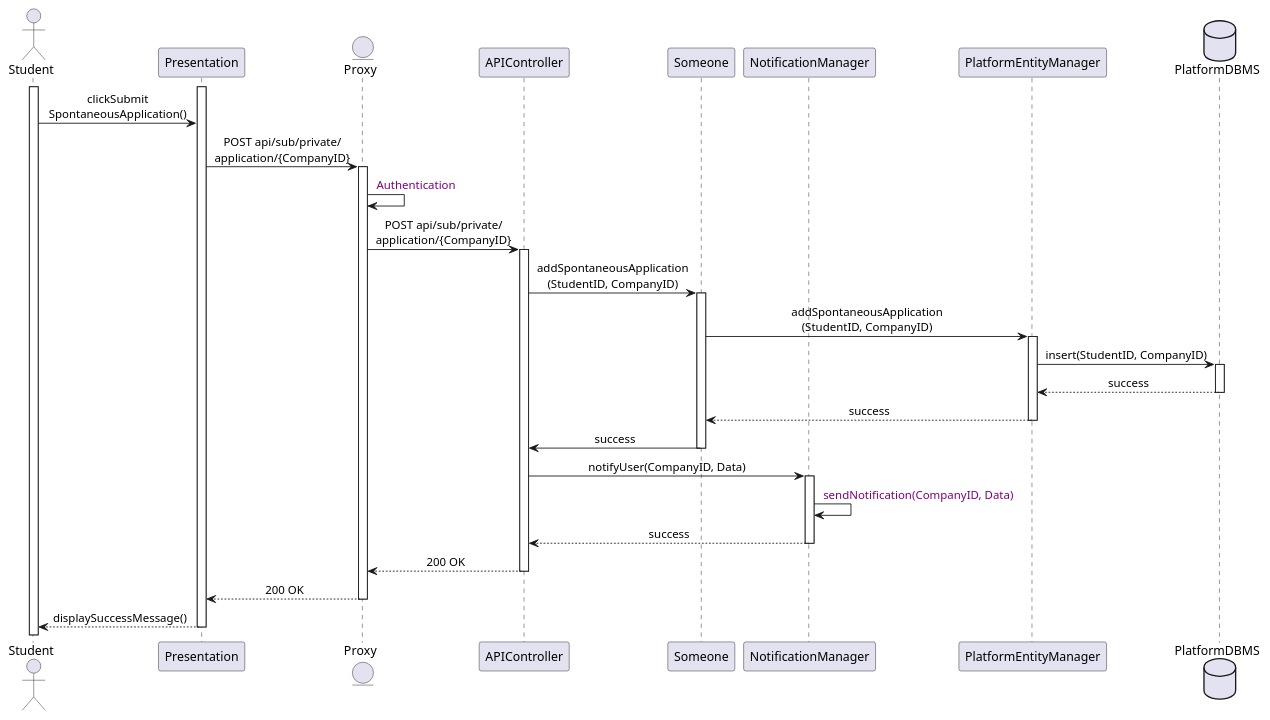
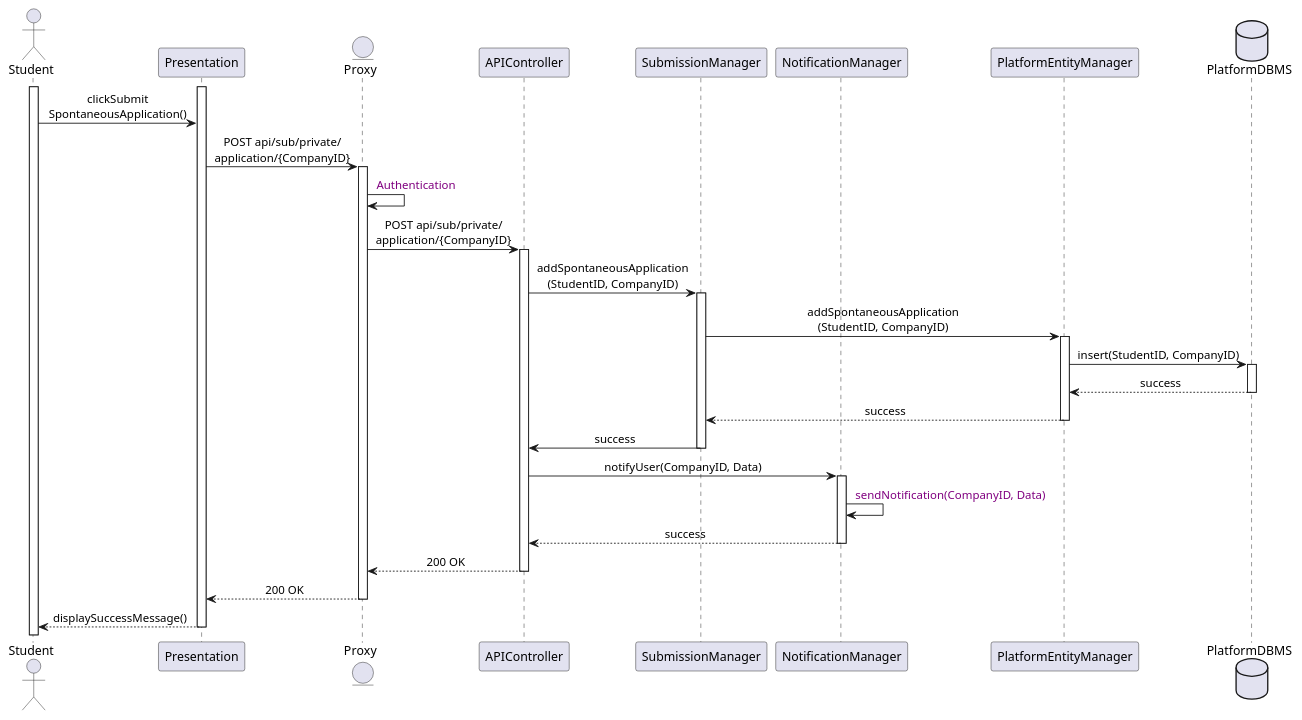
Before and after one commit to Slaitroc/RicciPaoliGrisoni: the diagram in Diagrams/SequenceDiagrams/DD/7StudentSendsSpontaneousApplication.wsd, drawn with PlantUML. The commit also changed 7 other files, not shown here.

Commit message:
Minor DD Sequences Fixes

```diff
--- a/Diagrams/SequenceDiagrams/DD/7StudentSendsSpontaneousApplication.wsd
+++ b/Diagrams/SequenceDiagrams/DD/7StudentSendsSpontaneousApplication.wsd
@@ -1,33 +1,33 @@
 @startuml Spontaneous Application Submission
 skinparam sequenceMessageAlign center
 
 actor       Student
 participant  Presentation
 entity      Proxy
 participant APIController
-participant Someone
+participant SubmissionManager
 participant NotificationManager
 participant PlatformEntityManager
 database    PlatformDBMS
 
 activate Student
 activate Presentation
 Student -> Presentation : clickSubmit\nSpontaneousApplication()
 
 Presentation -> Proxy ++ : POST api/sub/private/\napplication/{CompanyID}
 Proxy -> Proxy  : <color:purple> Authentication
 Proxy -> APIController ++ : POST api/sub/private/\napplication/{CompanyID}
-APIController -> Someone ++ : addSpontaneousApplication\n(StudentID, CompanyID)
-Someone -> PlatformEntityManager ++ : addSpontaneousApplication\n(StudentID, CompanyID) 
+APIController -> SubmissionManager ++ : addSpontaneousApplication\n(StudentID, CompanyID)
+SubmissionManager -> PlatformEntityManager ++ : addSpontaneousApplication\n(StudentID, CompanyID) 
 PlatformEntityManager -> PlatformDBMS ++ : insert(StudentID, CompanyID)
 PlatformDBMS --> PlatformEntityManager -- : success
-PlatformEntityManager --> Someone -- : success
-Someone -> APIController -- : success
+PlatformEntityManager --> SubmissionManager -- : success
+SubmissionManager -> APIController -- : success
 APIController -> NotificationManager ++ : notifyUser(CompanyID, Data)
 NotificationManager -> NotificationManager : <color:purple> sendNotification(CompanyID, Data)
 NotificationManager --> APIController -- : success
 APIController --> Proxy -- : 200 OK 
 Proxy --> Presentation -- : 200 OK 
 Presentation --> Student -- : displaySuccessMessage()
 
 @enduml
```
